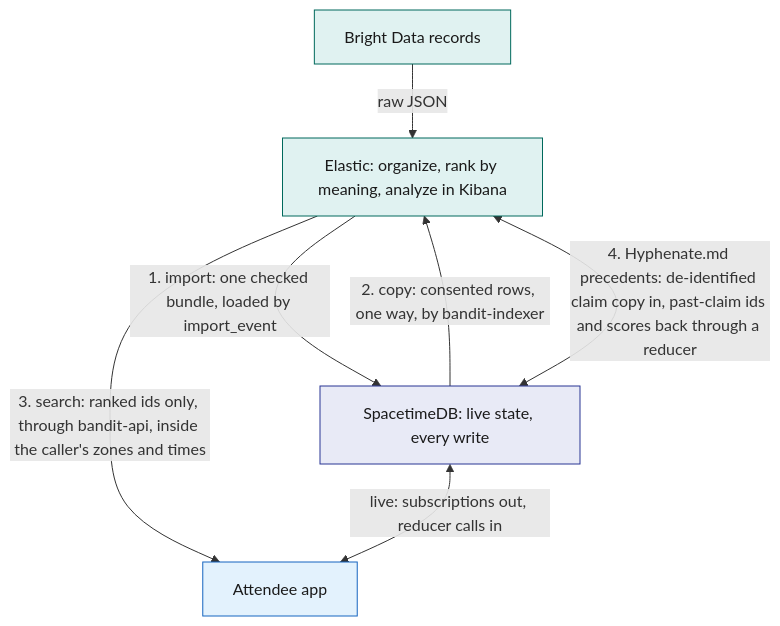
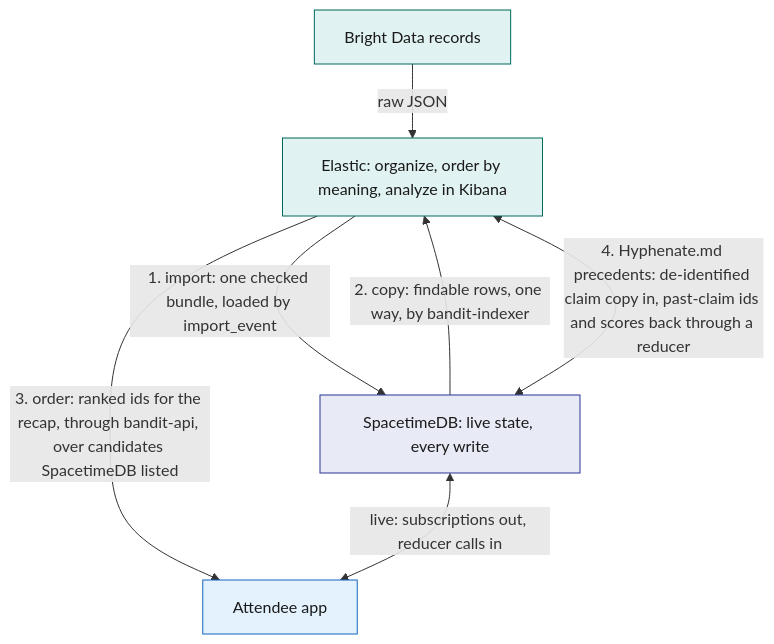
Before and after one commit to viktorinkov/cal-hacks-13: the fourth of 5 diagrams in System Design/1-overview/Architecture.md, drawn with Mermaid. The commit also changed other lines of this file and 21 other files, not shown here.

````diff
--- a/System Design/1-overview/Architecture.md
+++ b/System Design/1-overview/Architecture.md
@@ -234,15 +234,15 @@
 ```mermaid
 flowchart TB
-  BD["Bright Data records"] -->|"raw JSON"| ES["Elastic: organize, rank by meaning, analyze in Kibana"]
+  BD["Bright Data records"] -->|"raw JSON"| ES["Elastic: organize, order by meaning, analyze in Kibana"]
   ES -->|"1. import: one checked bundle, loaded by import_event"| STDB["SpacetimeDB: live state, every write"]
-  STDB -->|"2. copy: consented rows, one way, by bandit-indexer"| ES
-  ES -->|"3. search: ranked ids only, through bandit-api, inside the caller's zones and times"| APP["Attendee app"]
+  STDB -->|"2. copy: findable rows, one way, by bandit-indexer"| ES
+  ES -->|"3. order: ranked ids for the recap, through bandit-api, over candidates SpacetimeDB listed"| APP["Attendee app"]
   STDB <-->|"4. Hyphenate.md precedents: de-identified claim copy in, past-claim ids and scores back through a reducer"| ES
   STDB <-->|"live: subscriptions out, reducer calls in"| APP
   classDef stdb fill:#E8EAF6,stroke:#283593,color:#1A1A1A
   classDef ext fill:#E0F2F1,stroke:#00695C,color:#1A1A1A
   classDef web fill:#E3F2FD,stroke:#1565C0,color:#1A1A1A
   class STDB stdb
   class ES,BD ext
   class APP web
 ```
````
